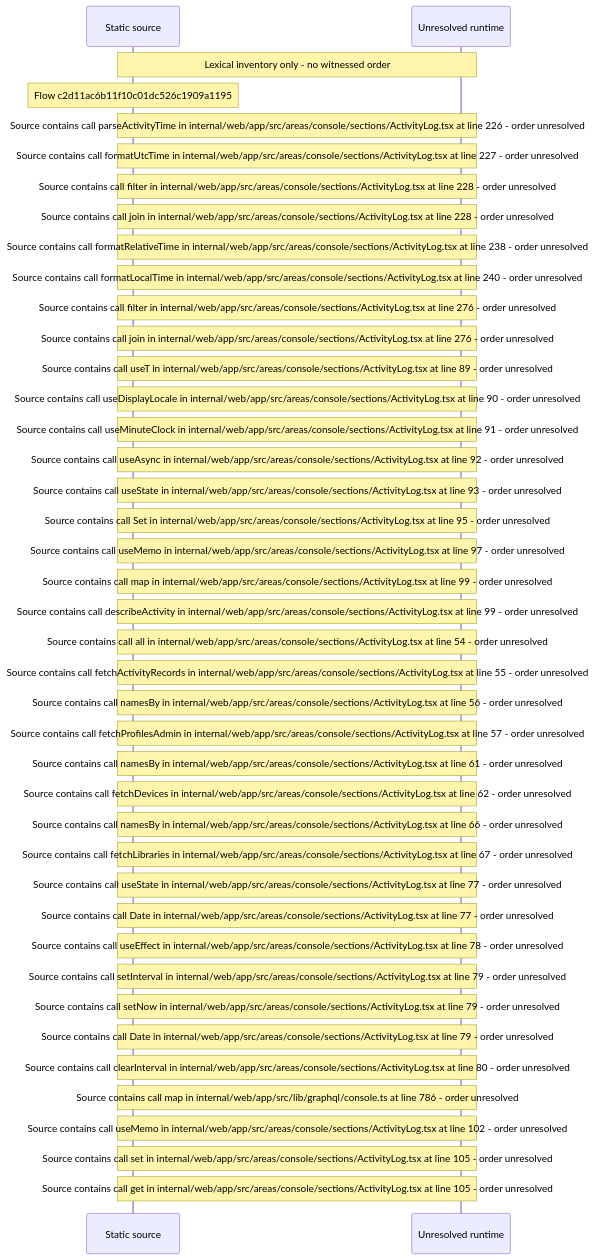
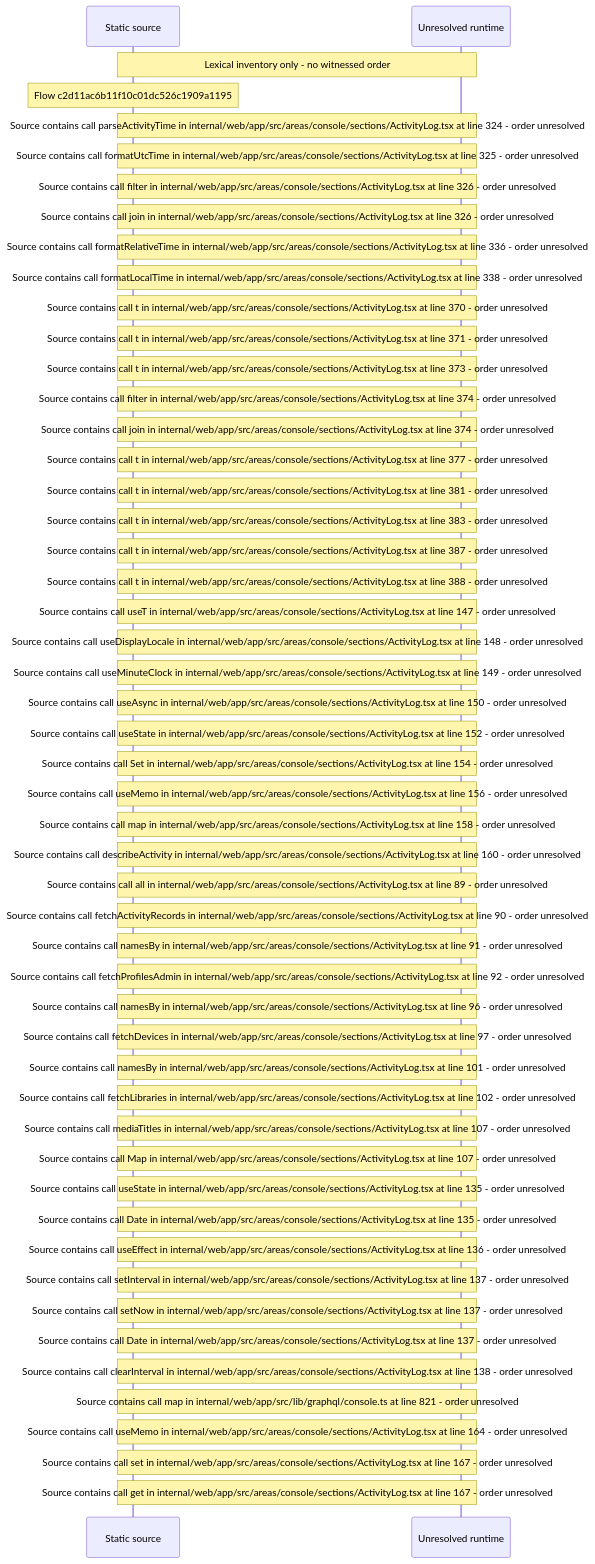
The diagram in docs/web/flows/generated/c2d11ac6b11f10c01dc526c1909a1195/flow-diagram.md (beamfall/core), drawn with Mermaid before and after one commit. The commit also changed other lines of this file and 715 other files, not shown here.

Commit message:
Regenerate the web flow record on the landing stack head (CORE-1762)

````diff
--- a/docs/web/flows/generated/c2d11ac6b11f10c01dc526c1909a1195/flow-diagram.md
+++ b/docs/web/flows/generated/c2d11ac6b11f10c01dc526c1909a1195/flow-diagram.md
@@ -10,43 +10,53 @@
 ```mermaid
 sequenceDiagram
     participant S as Static source
     participant U as Unresolved runtime
     Note over S,U: Lexical inventory only - no witnessed order
     Note over S: Flow c2d11ac6b11f10c01dc526c1909a1195
-    Note over S,U: Source contains call parseActivityTime in internal/web/app/src/areas/console/sections/ActivityLog.tsx at line 226 - order unresolved
-    Note over S,U: Source contains call formatUtcTime in internal/web/app/src/areas/console/sections/ActivityLog.tsx at line 227 - order unresolved
-    Note over S,U: Source contains call filter in internal/web/app/src/areas/console/sections/ActivityLog.tsx at line 228 - order unresolved
-    Note over S,U: Source contains call join in internal/web/app/src/areas/console/sections/ActivityLog.tsx at line 228 - order unresolved
-    Note over S,U: Source contains call formatRelativeTime in internal/web/app/src/areas/console/sections/ActivityLog.tsx at line 238 - order unresolved
-    Note over S,U: Source contains call formatLocalTime in internal/web/app/src/areas/console/sections/ActivityLog.tsx at line 240 - order unresolved
-    Note over S,U: Source contains call filter in internal/web/app/src/areas/console/sections/ActivityLog.tsx at line 276 - order unresolved
-    Note over S,U: Source contains call join in internal/web/app/src/areas/console/sections/ActivityLog.tsx at line 276 - order unresolved
-    Note over S,U: Source contains call useT in internal/web/app/src/areas/console/sections/ActivityLog.tsx at line 89 - order unresolved
-    Note over S,U: Source contains call useDisplayLocale in internal/web/app/src/areas/console/sections/ActivityLog.tsx at line 90 - order unresolved
-    Note over S,U: Source contains call useMinuteClock in internal/web/app/src/areas/console/sections/ActivityLog.tsx at line 91 - order unresolved
-    Note over S,U: Source contains call useAsync in internal/web/app/src/areas/console/sections/ActivityLog.tsx at line 92 - order unresolved
-    Note over S,U: Source contains call useState in internal/web/app/src/areas/console/sections/ActivityLog.tsx at line 93 - order unresolved
-    Note over S,U: Source contains call Set in internal/web/app/src/areas/console/sections/ActivityLog.tsx at line 95 - order unresolved
-    Note over S,U: Source contains call useMemo in internal/web/app/src/areas/console/sections/ActivityLog.tsx at line 97 - order unresolved
-    Note over S,U: Source contains call map in internal/web/app/src/areas/console/sections/ActivityLog.tsx at line 99 - order unresolved
-    Note over S,U: Source contains call describeActivity in internal/web/app/src/areas/console/sections/ActivityLog.tsx at line 99 - order unresolved
-    Note over S,U: Source contains call all in internal/web/app/src/areas/console/sections/ActivityLog.tsx at line 54 - order unresolved
-    Note over S,U: Source contains call fetchActivityRecords in internal/web/app/src/areas/console/sections/ActivityLog.tsx at line 55 - order unresolved
-    Note over S,U: Source contains call namesBy in internal/web/app/src/areas/console/sections/ActivityLog.tsx at line 56 - order unresolved
-    Note over S,U: Source contains call fetchProfilesAdmin in internal/web/app/src/areas/console/sections/ActivityLog.tsx at line 57 - order unresolved
-    Note over S,U: Source contains call namesBy in internal/web/app/src/areas/console/sections/ActivityLog.tsx at line 61 - order unresolved
-    Note over S,U: Source contains call fetchDevices in internal/web/app/src/areas/console/sections/ActivityLog.tsx at line 62 - order unresolved
-    Note over S,U: Source contains call namesBy in internal/web/app/src/areas/console/sections/ActivityLog.tsx at line 66 - order unresolved
-    Note over S,U: Source contains call fetchLibraries in internal/web/app/src/areas/console/sections/ActivityLog.tsx at line 67 - order unresolved
-    Note over S,U: Source contains call useState in internal/web/app/src/areas/console/sections/ActivityLog.tsx at line 77 - order unresolved
-    Note over S,U: Source contains call Date in internal/web/app/src/areas/console/sections/ActivityLog.tsx at line 77 - order unresolved
-    Note over S,U: Source contains call useEffect in internal/web/app/src/areas/console/sections/ActivityLog.tsx at line 78 - order unresolved
-    Note over S,U: Source contains call setInterval in internal/web/app/src/areas/console/sections/ActivityLog.tsx at line 79 - order unresolved
-    Note over S,U: Source contains call setNow in internal/web/app/src/areas/console/sections/ActivityLog.tsx at line 79 - order unresolved
-    Note over S,U: Source contains call Date in internal/web/app/src/areas/console/sections/ActivityLog.tsx at line 79 - order unresolved
-    Note over S,U: Source contains call clearInterval in internal/web/app/src/areas/console/sections/ActivityLog.tsx at line 80 - order unresolved
-    Note over S,U: Source contains call map in internal/web/app/src/lib/graphql/console.ts at line 786 - order unresolved
-    Note over S,U: Source contains call useMemo in internal/web/app/src/areas/console/sections/ActivityLog.tsx at line 102 - order unresolved
-    Note over S,U: Source contains call set in internal/web/app/src/areas/console/sections/ActivityLog.tsx at line 105 - order unresolved
-    Note over S,U: Source contains call get in internal/web/app/src/areas/console/sections/ActivityLog.tsx at line 105 - order unresolved
+    Note over S,U: Source contains call parseActivityTime in internal/web/app/src/areas/console/sections/ActivityLog.tsx at line 324 - order unresolved
+    Note over S,U: Source contains call formatUtcTime in internal/web/app/src/areas/console/sections/ActivityLog.tsx at line 325 - order unresolved
+    Note over S,U: Source contains call filter in internal/web/app/src/areas/console/sections/ActivityLog.tsx at line 326 - order unresolved
+    Note over S,U: Source contains call join in internal/web/app/src/areas/console/sections/ActivityLog.tsx at line 326 - order unresolved
+    Note over S,U: Source contains call formatRelativeTime in internal/web/app/src/areas/console/sections/ActivityLog.tsx at line 336 - order unresolved
+    Note over S,U: Source contains call formatLocalTime in internal/web/app/src/areas/console/sections/ActivityLog.tsx at line 338 - order unresolved
+    Note over S,U: Source contains call t in internal/web/app/src/areas/console/sections/ActivityLog.tsx at line 370 - order unresolved
+    Note over S,U: Source contains call t in internal/web/app/src/areas/console/sections/ActivityLog.tsx at line 371 - order unresolved
+    Note over S,U: Source contains call t in internal/web/app/src/areas/console/sections/ActivityLog.tsx at line 373 - order unresolved
+    Note over S,U: Source contains call filter in internal/web/app/src/areas/console/sections/ActivityLog.tsx at line 374 - order unresolved
+    Note over S,U: Source contains call join in internal/web/app/src/areas/console/sections/ActivityLog.tsx at line 374 - order unresolved
+    Note over S,U: Source contains call t in internal/web/app/src/areas/console/sections/ActivityLog.tsx at line 377 - order unresolved
+    Note over S,U: Source contains call t in internal/web/app/src/areas/console/sections/ActivityLog.tsx at line 381 - order unresolved
+    Note over S,U: Source contains call t in internal/web/app/src/areas/console/sections/ActivityLog.tsx at line 383 - order unresolved
+    Note over S,U: Source contains call t in internal/web/app/src/areas/console/sections/ActivityLog.tsx at line 387 - order unresolved
+    Note over S,U: Source contains call t in internal/web/app/src/areas/console/sections/ActivityLog.tsx at line 388 - order unresolved
+    Note over S,U: Source contains call useT in internal/web/app/src/areas/console/sections/ActivityLog.tsx at line 147 - order unresolved
+    Note over S,U: Source contains call useDisplayLocale in internal/web/app/src/areas/console/sections/ActivityLog.tsx at line 148 - order unresolved
+    Note over S,U: Source contains call useMinuteClock in internal/web/app/src/areas/console/sections/ActivityLog.tsx at line 149 - order unresolved
+    Note over S,U: Source contains call useAsync in internal/web/app/src/areas/console/sections/ActivityLog.tsx at line 150 - order unresolved
+    Note over S,U: Source contains call useState in internal/web/app/src/areas/console/sections/ActivityLog.tsx at line 152 - order unresolved
+    Note over S,U: Source contains call Set in internal/web/app/src/areas/console/sections/ActivityLog.tsx at line 154 - order unresolved
+    Note over S,U: Source contains call useMemo in internal/web/app/src/areas/console/sections/ActivityLog.tsx at line 156 - order unresolved
+    Note over S,U: Source contains call map in internal/web/app/src/areas/console/sections/ActivityLog.tsx at line 158 - order unresolved
+    Note over S,U: Source contains call describeActivity in internal/web/app/src/areas/console/sections/ActivityLog.tsx at line 160 - order unresolved
+    Note over S,U: Source contains call all in internal/web/app/src/areas/console/sections/ActivityLog.tsx at line 89 - order unresolved
+    Note over S,U: Source contains call fetchActivityRecords in internal/web/app/src/areas/console/sections/ActivityLog.tsx at line 90 - order unresolved
+    Note over S,U: Source contains call namesBy in internal/web/app/src/areas/console/sections/ActivityLog.tsx at line 91 - order unresolved
+    Note over S,U: Source contains call fetchProfilesAdmin in internal/web/app/src/areas/console/sections/ActivityLog.tsx at line 92 - order unresolved
+    Note over S,U: Source contains call namesBy in internal/web/app/src/areas/console/sections/ActivityLog.tsx at line 96 - order unresolved
+    Note over S,U: Source contains call fetchDevices in internal/web/app/src/areas/console/sections/ActivityLog.tsx at line 97 - order unresolved
+    Note over S,U: Source contains call namesBy in internal/web/app/src/areas/console/sections/ActivityLog.tsx at line 101 - order unresolved
+    Note over S,U: Source contains call fetchLibraries in internal/web/app/src/areas/console/sections/ActivityLog.tsx at line 102 - order unresolved
+    Note over S,U: Source contains call mediaTitles in internal/web/app/src/areas/console/sections/ActivityLog.tsx at line 107 - order unresolved
+    Note over S,U: Source contains call Map in internal/web/app/src/areas/console/sections/ActivityLog.tsx at line 107 - order unresolved
+    Note over S,U: Source contains call useState in internal/web/app/src/areas/console/sections/ActivityLog.tsx at line 135 - order unresolved
+    Note over S,U: Source contains call Date in internal/web/app/src/areas/console/sections/ActivityLog.tsx at line 135 - order unresolved
+    Note over S,U: Source contains call useEffect in internal/web/app/src/areas/console/sections/ActivityLog.tsx at line 136 - order unresolved
+    Note over S,U: Source contains call setInterval in internal/web/app/src/areas/console/sections/ActivityLog.tsx at line 137 - order unresolved
+    Note over S,U: Source contains call setNow in internal/web/app/src/areas/console/sections/ActivityLog.tsx at line 137 - order unresolved
+    Note over S,U: Source contains call Date in internal/web/app/src/areas/console/sections/ActivityLog.tsx at line 137 - order unresolved
+    Note over S,U: Source contains call clearInterval in internal/web/app/src/areas/console/sections/ActivityLog.tsx at line 138 - order unresolved
+    Note over S,U: Source contains call map in internal/web/app/src/lib/graphql/console.ts at line 821 - order unresolved
+    Note over S,U: Source contains call useMemo in internal/web/app/src/areas/console/sections/ActivityLog.tsx at line 164 - order unresolved
+    Note over S,U: Source contains call set in internal/web/app/src/areas/console/sections/ActivityLog.tsx at line 167 - order unresolved
+    Note over S,U: Source contains call get in internal/web/app/src/areas/console/sections/ActivityLog.tsx at line 167 - order unresolved
 ```
````
